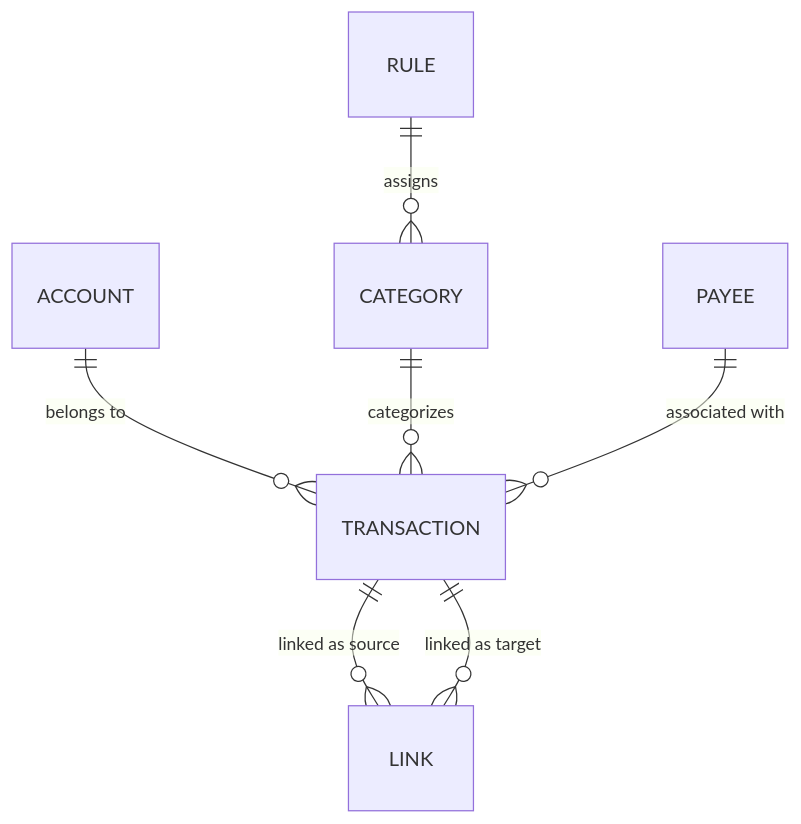
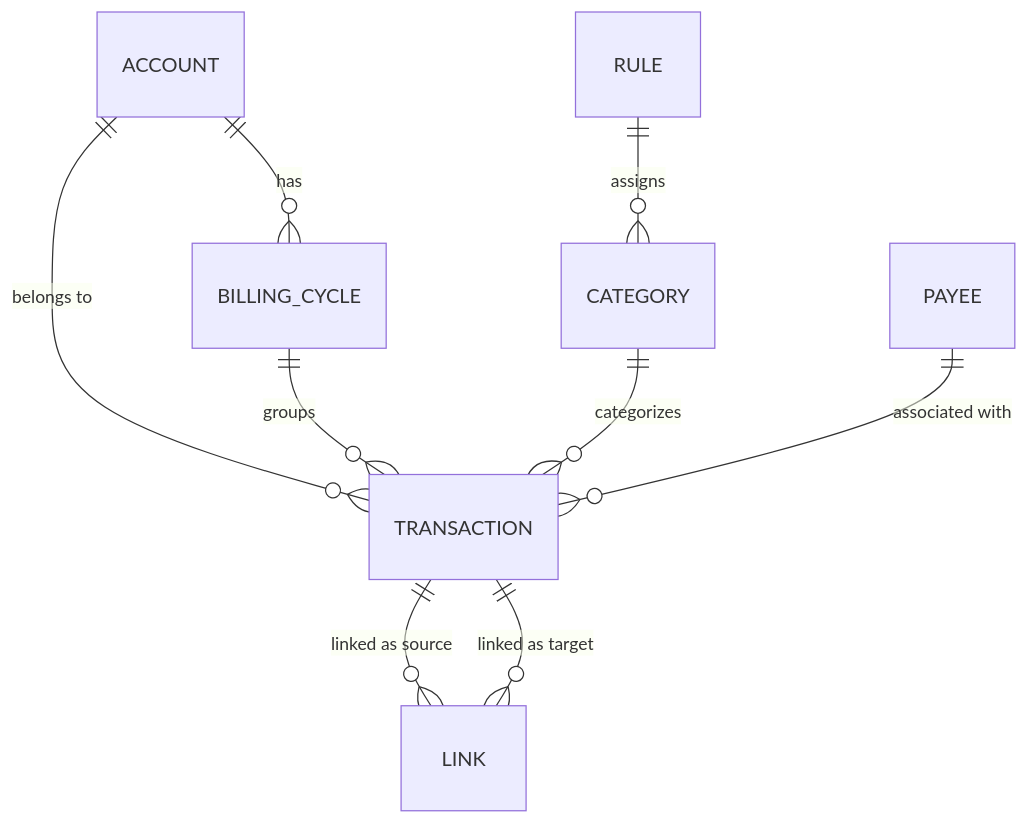
One commit to suyash01/FinTrak changed the third of 3 diagrams in flowchart.md. Above: the diagram before and after it, drawn with Mermaid. The commit also changed other lines of this file and 25 other files, not shown here.

````diff
--- a/flowchart.md
+++ b/flowchart.md
@@ -73,9 +73,11 @@
 ```mermaid
 erDiagram
     ACCOUNT ||--o{ TRANSACTION : "belongs to"
+    ACCOUNT ||--o{ BILLING_CYCLE : "has"
+    BILLING_CYCLE ||--o{ TRANSACTION : "groups"
     CATEGORY ||--o{ TRANSACTION : "categorizes"
     PAYEE ||--o{ TRANSACTION : "associated with"
     TRANSACTION ||--o{ LINK : "linked as source"
     TRANSACTION ||--o{ LINK : "linked as target"
     RULE ||--o{ CATEGORY : "assigns"
 ```
````
